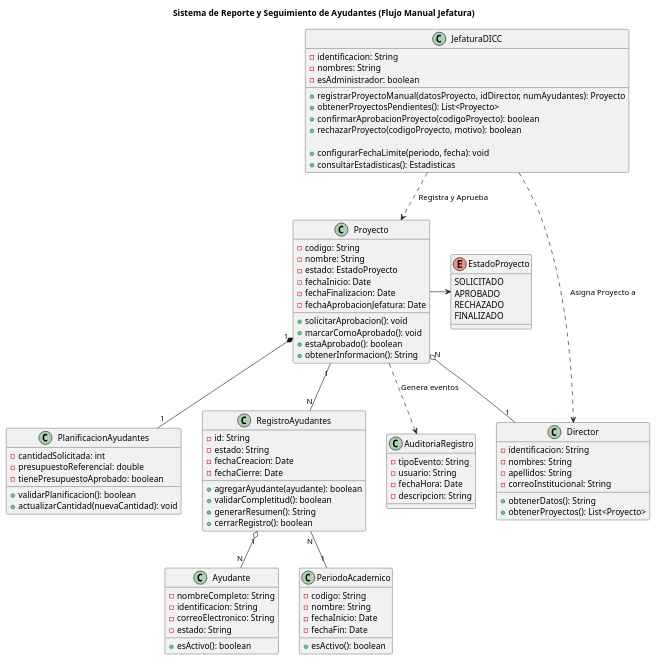
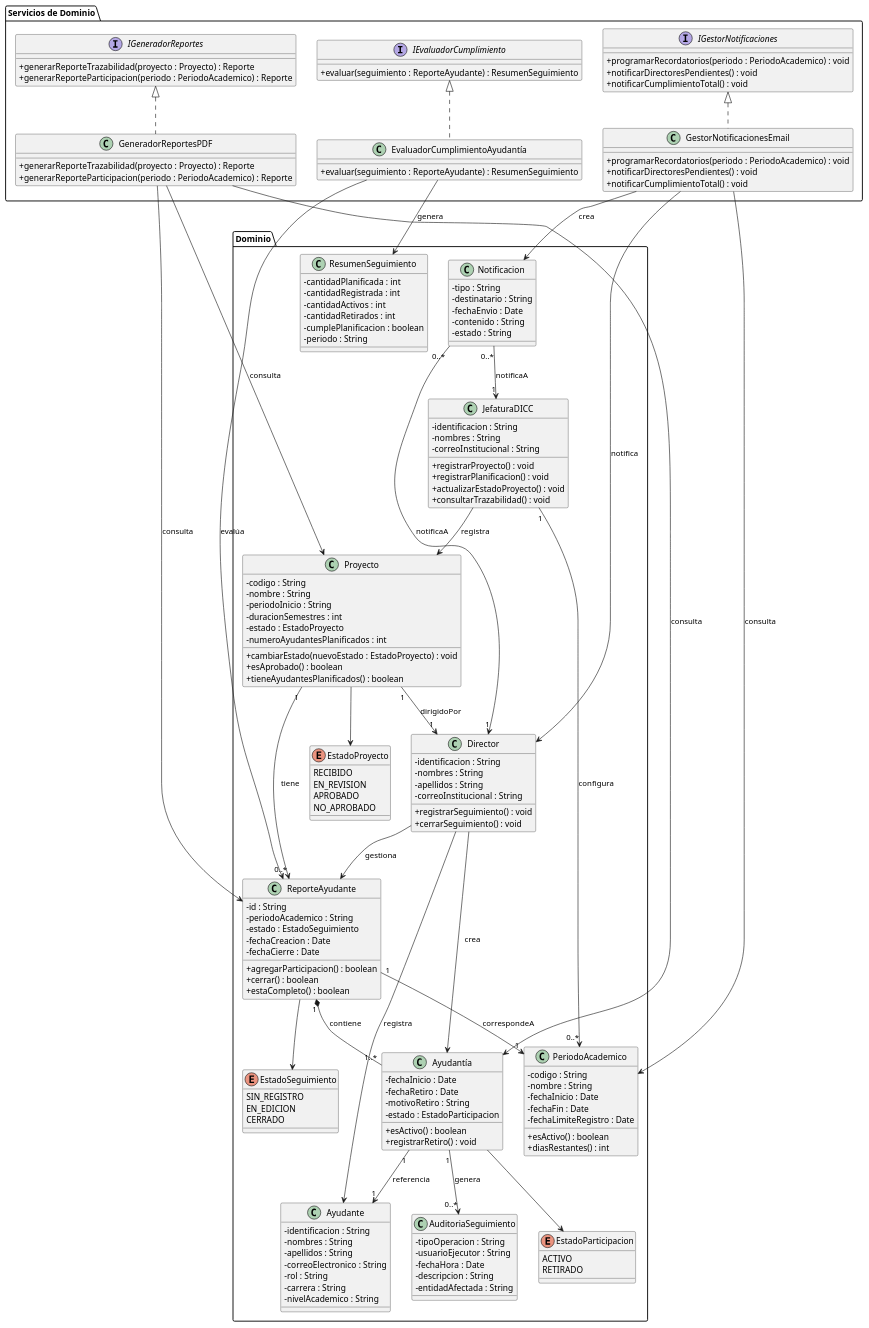
One commit to David-l24/AssistantsReport changed the diagram in src/DiagramaClases.puml. Above: the diagram before and after it, drawn with PlantUML.

Commit message:
Actualizar Diagrama

```diff
--- a/src/DiagramaClases.puml
+++ b/src/DiagramaClases.puml
@@ -1,108 +1,203 @@
 @startuml
+skinparam classAttributeIconSize 0
 
-title Sistema de Reporte y Seguimiento de Ayudantes (Flujo Manual Jefatura)
+package "Dominio" {
 
-enum EstadoProyecto {
-  SOLICITADO
-  APROBADO
-  RECHAZADO
-  FINALIZADO
+  class Proyecto {
+    -codigo : String
+    -nombre : String
+    -periodoInicio : String
+    -duracionSemestres : int
+    -estado : EstadoProyecto
+    -numeroAyudantesPlanificados : int
+    +cambiarEstado(nuevoEstado : EstadoProyecto) : void
+    +esAprobado() : boolean
+    +tieneAyudantesPlanificados() : boolean
+  }
+
+  enum EstadoProyecto {
+    RECIBIDO
+    EN_REVISION
+    APROBADO
+    NO_APROBADO
+  }
+
+  class Director {
+    -identificacion : String
+    -nombres : String
+    -apellidos : String
+    -correoInstitucional : String
+    +registrarSeguimiento() : void
+    +cerrarSeguimiento() : void
+  }
+
+  class JefaturaDICC {
+    -identificacion : String
+    -nombres : String
+    -correoInstitucional : String
+    +registrarProyecto() : void
+    +registrarPlanificacion() : void
+    +actualizarEstadoProyecto() : void
+    +consultarTrazabilidad() : void
+  }
+
+  class ReporteAyudante {
+    -id : String
+    -periodoAcademico : String
+    -estado : EstadoSeguimiento
+    -fechaCreacion : Date
+    -fechaCierre : Date
+    +agregarParticipacion() : boolean
+    +cerrar() : boolean
+    +estaCompleto() : boolean
+  }
+
+  enum EstadoSeguimiento {
+    SIN_REGISTRO
+    EN_EDICION
+    CERRADO
+  }
+
+  class Ayudante {
+    -identificacion : String
+    -nombres : String
+    -apellidos : String
+    -correoElectronico : String
+    -rol : String
+    -carrera : String
+    -nivelAcademico : String
+  }
+
+  class Ayudantía {
+    -fechaInicio : Date
+    -fechaRetiro : Date
+    -motivoRetiro : String
+    -estado : EstadoParticipacion
+    +esActivo() : boolean
+    +registrarRetiro() : void
+  }
+
+  enum EstadoParticipacion {
+    ACTIVO
+    RETIRADO
+  }
+
+  class PeriodoAcademico {
+    -codigo : String
+    -nombre : String
+    -fechaInicio : Date
+    -fechaFin : Date
+    -fechaLimiteRegistro : Date
+    +esActivo() : boolean
+    +diasRestantes() : int
+  }
+
+  class ResumenSeguimiento {
+    -cantidadPlanificada : int
+    -cantidadRegistrada : int
+    -cantidadActivos : int
+    -cantidadRetirados : int
+    -cumplePlanificacion : boolean
+    -periodo : String
+  }
+
+
+  class Notificacion {
+    -tipo : String
+    -destinatario : String
+    -fechaEnvio : Date
+    -contenido : String
+    -estado : String
+  }
+
+  class AuditoriaSeguimiento {
+    -tipoOperacion : String
+    -usuarioEjecutor : String
+    -fechaHora : Date
+    -descripcion : String
+    -entidadAfectada : String
+  }
 }
 
-class Director {
-  -identificacion: String
-  -nombres: String
-  -apellidos: String
-  -correoInstitucional: String
-  +obtenerDatos(): String
-  +obtenerProyectos(): List<Proyecto>
+package "Servicios de Dominio" {
+
+  interface IEvaluadorCumplimiento {
+    +evaluar(seguimiento : ReporteAyudante) : ResumenSeguimiento
+  }
+
+  class EvaluadorCumplimientoAyudantía {
+    +evaluar(seguimiento : ReporteAyudante) : ResumenSeguimiento
+  }
+
+  interface IGestorNotificaciones {
+    +programarRecordatorios(periodo : PeriodoAcademico) : void
+    +notificarDirectoresPendientes() : void
+    +notificarCumplimientoTotal() : void
+  }
+
+  class GestorNotificacionesEmail {
+    +programarRecordatorios(periodo : PeriodoAcademico) : void
+    +notificarDirectoresPendientes() : void
+    +notificarCumplimientoTotal() : void
+  }
+
+  interface IGeneradorReportes {
+    +generarReporteTrazabilidad(proyecto : Proyecto) : Reporte
+    +generarReporteParticipacion(periodo : PeriodoAcademico) : Reporte
+  }
+
+  class GeneradorReportesPDF {
+    +generarReporteTrazabilidad(proyecto : Proyecto) : Reporte
+    +generarReporteParticipacion(periodo : PeriodoAcademico) : Reporte
+  }
+
+  IEvaluadorCumplimiento <|.. EvaluadorCumplimientoAyudantía
+  IGestorNotificaciones <|.. GestorNotificacionesEmail
+  IGeneradorReportes <|.. GeneradorReportesPDF
 }
 
-class JefaturaDICC {
-  -identificacion: String
-  -nombres: String
-  -esAdministrador: boolean
+' =====================
+' RELACIONES DEL DOMINIO
+' =====================
 
-  ' -- Nuevos métodos para el flujo manual --
-  +registrarProyectoManual(datosProyecto, idDirector, numAyudantes): Proyecto
-  +obtenerProyectosPendientes(): List<Proyecto>
-  +confirmarAprobacionProyecto(codigoProyecto): boolean
-  +rechazarProyecto(codigoProyecto, motivo): boolean
+Proyecto "1" --> "1" Director : dirigidoPor
+Proyecto "1" --> "0..*" ReporteAyudante : tiene
+Proyecto --> EstadoProyecto
 
-  ' -- Métodos existentes --
-  +configurarFechaLimite(periodo, fecha): void
-  +consultarEstadisticas(): Estadisticas
-}
+ReporteAyudante "1" *-- "1..*" Ayudantía : contiene
+ReporteAyudante "1" --> "1" PeriodoAcademico : correspondeA
+ReporteAyudante --> EstadoSeguimiento
 
-class Proyecto {
-  -codigo: String
-  -nombre: String
-  -estado: EstadoProyecto
-  -fechaInicio: Date
-  -fechaFinalizacion: Date
-  -fechaAprobacionJefatura: Date
+Ayudantía "1" --> "1" Ayudante : referencia
+Ayudantía --> EstadoParticipacion
+Ayudantía "1" --> "0..*" AuditoriaSeguimiento : genera
 
-  ' -- Lógica de Estado --
-  +solicitarAprobacion(): void
-  +marcarComoAprobado(): void
-  +estaAprobado(): boolean
-  +obtenerInformacion(): String
-}
 
-class PlanificacionAyudantes {
-  -cantidadSolicitada: int
-  -presupuestoReferencial: double
-  -tienePresupuestoAprobado: boolean
-  +validarPlanificacion(): boolean
-  +actualizarCantidad(nuevaCantidad): void
-}
+Notificacion "0..*" --> "1" Director : notificaA
+Notificacion "0..*" --> "1" JefaturaDICC : notificaA
 
-class RegistroAyudantes {
-  -id: String
-  -estado: String
-  -fechaCreacion: Date
-  -fechaCierre: Date
-  +agregarAyudante(ayudante): boolean
-  +validarCompletitud(): boolean
-  +generarResumen(): String
-  +cerrarRegistro(): boolean
-}
 
-class Ayudante {
-  -nombreCompleto: String
-  -identificacion: String
-  -correoElectronico: String
-  -estado: String
-  +esActivo(): boolean
-}
+JefaturaDICC "1" --> "0..*" PeriodoAcademico : configura
 
-class PeriodoAcademico {
-  -codigo: String
-  -nombre: String
-  -fechaInicio: Date
-  -fechaFin: Date
-  +esActivo(): boolean
-}
+Director --> Ayudante : registra
+Director --> Ayudantía : crea
+Director --> ReporteAyudante : gestiona
 
-class AuditoriaRegistro {
-  -tipoEvento: String
-  -usuario: String
-  -fechaHora: Date
-  -descripcion: String
-}
+JefaturaDICC --> Proyecto : registra
 
-' Relaciones
-Proyecto "N" o-- "1" Director
-Proyecto "1" *-- "1" PlanificacionAyudantes
-Proyecto "1" -- "N" RegistroAyudantes
-RegistroAyudantes "1" o-- "N" Ayudante
-RegistroAyudantes "N" -- "1" PeriodoAcademico
+' =====================
+' RELACIONES DE SERVICIOS
+' =====================
 
-' Relación funcional clave: Jefatura gestiona el estado de los proyectos
-JefaturaDICC ..> Proyecto : "Registra y Aprueba"
-JefaturaDICC ..> Director : "Asigna Proyecto a"
+EvaluadorCumplimientoAyudantía --> ReporteAyudante : evalúa
+EvaluadorCumplimientoAyudantía --> ResumenSeguimiento : genera
 
-' Auditoria
-Proyecto ..> AuditoriaRegistro : "Genera eventos"
-Proyecto -> EstadoProyecto
+GestorNotificacionesEmail --> Notificacion : crea
+GestorNotificacionesEmail --> Director : notifica
+GestorNotificacionesEmail --> PeriodoAcademico : consulta
+
+GeneradorReportesPDF --> Proyecto : consulta
+GeneradorReportesPDF --> ReporteAyudante : consulta
+GeneradorReportesPDF --> Ayudantía : consulta
+
 @enduml
```
